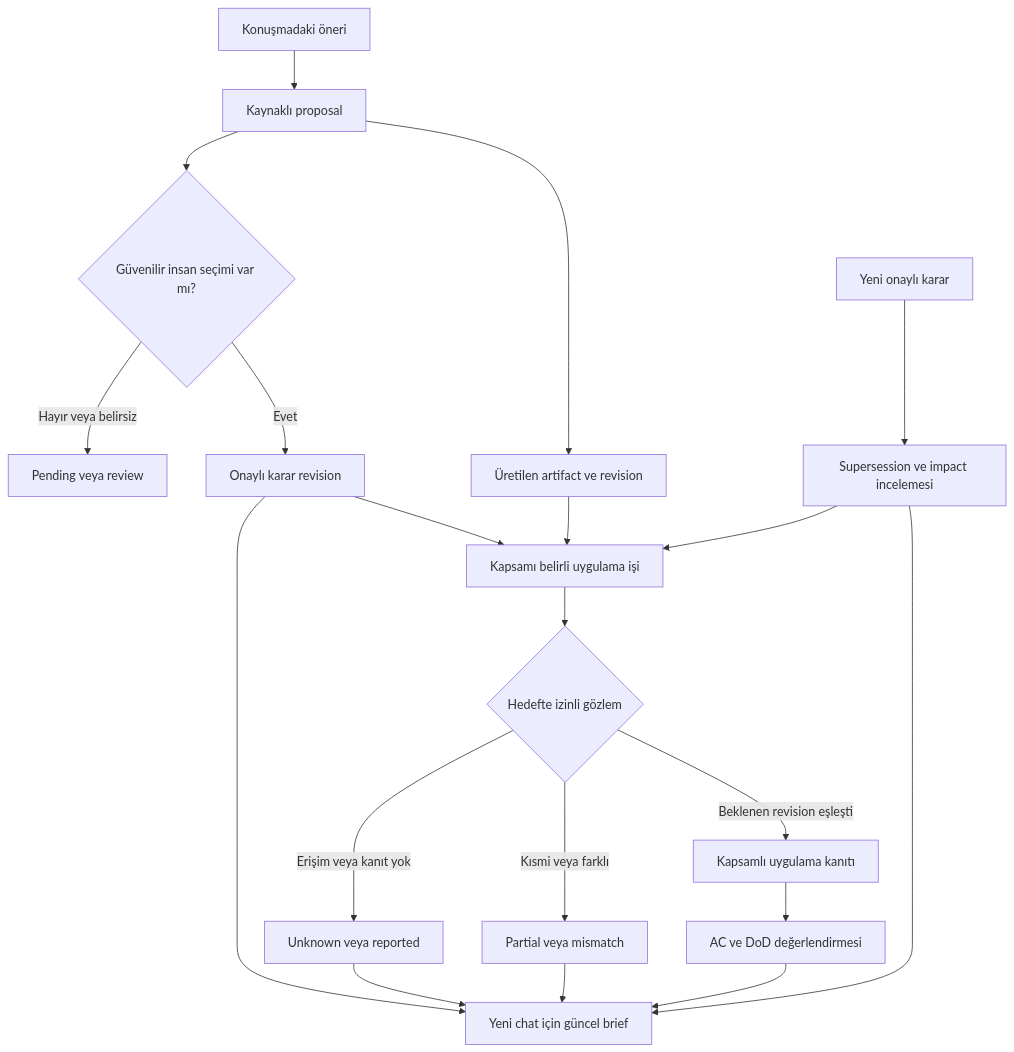
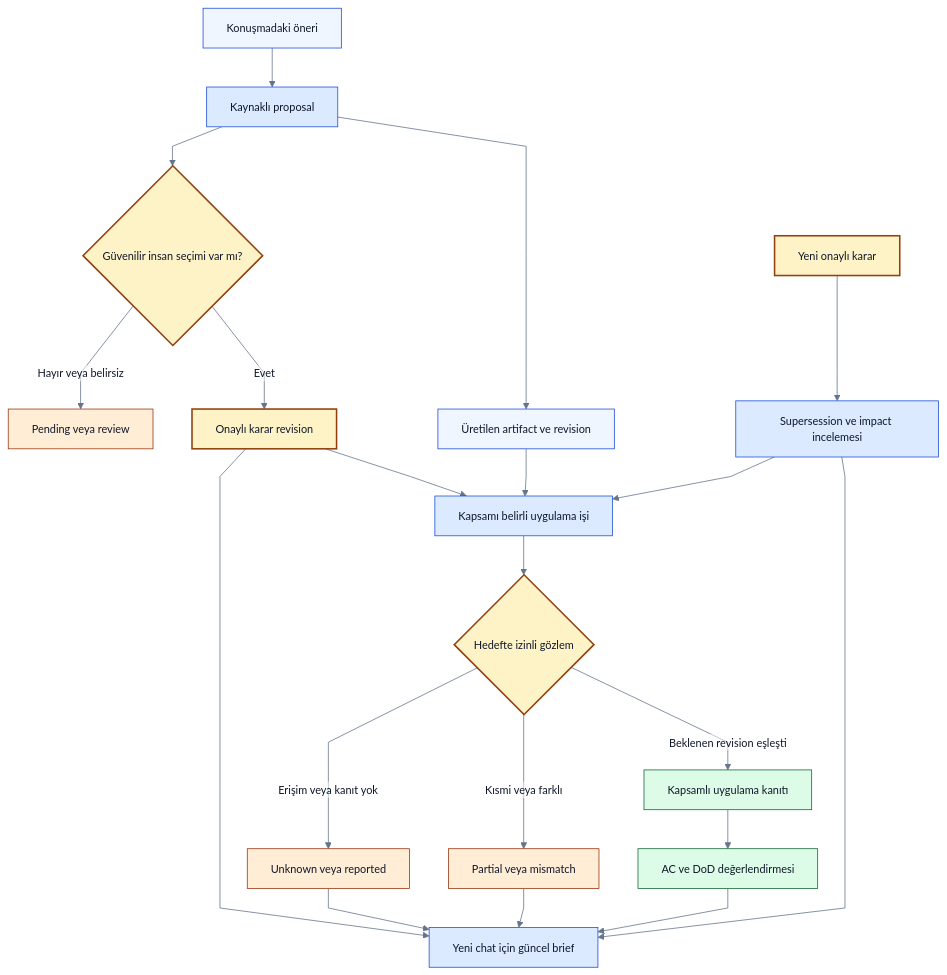
Before and after one commit to alphanAkbulut/decivora: the first of 2 diagrams in docs/product/intent-to-reality-gap.md, drawn with Mermaid. The commit also changed other lines of this file and 21 other files, not shown here.

Commit message:
Refresh all Mermaid diagrams, clarify decision states and document rendering evidence

````diff
--- a/docs/product/intent-to-reality-gap.md
+++ b/docs/product/intent-to-reality-gap.md
@@ -55,22 +58,35 @@
 ```mermaid
+%%{init: {"theme":"base","themeVariables":{"fontFamily":"Arial, sans-serif","fontSize":"14px","primaryColor":"#eff6ff","primaryTextColor":"#0f172a","primaryBorderColor":"#1d4ed8","lineColor":"#64748b","secondaryColor":"#ccfbf1","tertiaryColor":"#f1f5f9","background":"#ffffff","mainBkg":"#eff6ff","textColor":"#0f172a","clusterBkg":"#f8fafc","clusterBorder":"#94a3b8","edgeLabelBackground":"#ffffff","actorBkg":"#eff6ff","actorTextColor":"#0f172a","actorBorder":"#1d4ed8","signalColor":"#64748b","signalTextColor":"#0f172a","noteBkgColor":"#fef3c7","noteTextColor":"#0f172a","noteBorderColor":"#92400e"},"flowchart":{"htmlLabels":false,"curve":"linear"},"sequence":{"wrap":true},"themeCSS":"background-color:#ffffff;"}}%%
 flowchart TD
+    accTitle: Öneri, seçim, gerçekleşme ve kabul
+    accDescr: Önerilen tasarım veya açıkça belirtilen sentetik örnek. Renkler alan ve kontrol türünü gösterir; implemented veya passed kanıtı değildir. Yetki, revision ve coverage sınırları korunur.
     S["Konuşmadaki öneri"] --> P["Kaynaklı proposal"]
     P --> D{"Güvenilir insan seçimi var mı?"}
     D -->|Hayır veya belirsiz| Q["Pending veya review"]
     D -->|Evet| A["Onaylı karar revision"]
     P --> F["Üretilen artifact ve revision"]
     A --> T["Kapsamı belirli uygulama işi"]
     F --> T
     T --> O{"Hedefte izinli gözlem"}
     O -->|Erişim veya kanıt yok| U["Unknown veya reported"]
     O -->|Beklenen revision eşleşti| E["Kapsamlı uygulama kanıtı"]
     O -->|Kısmi veya farklı| R["Partial veya mismatch"]
     E --> V["AC ve DoD değerlendirmesi"]
     A --> C["Yeni chat için güncel brief"]
     U --> C
     R --> C
     V --> C
     N["Yeni onaylı karar"] --> I["Supersession ve impact incelemesi"]
     I --> T
     I --> C
+    classDef source fill:#eff6ff,stroke:#1d4ed8,color:#0f172a
+    classDef process fill:#dbeafe,stroke:#1d4ed8,color:#0f172a
+    classDef gate fill:#fef3c7,stroke:#92400e,color:#0f172a,stroke-width:2px
+    classDef warning fill:#ffedd5,stroke:#9a3412,color:#0f172a
+    classDef evidence fill:#dcfce7,stroke:#166534,color:#0f172a
+    class S,F source
+    class P,T,C,I process
+    class D,A,O,N gate
+    class Q,U,R warning
+    class E,V evidence
 ```
````
